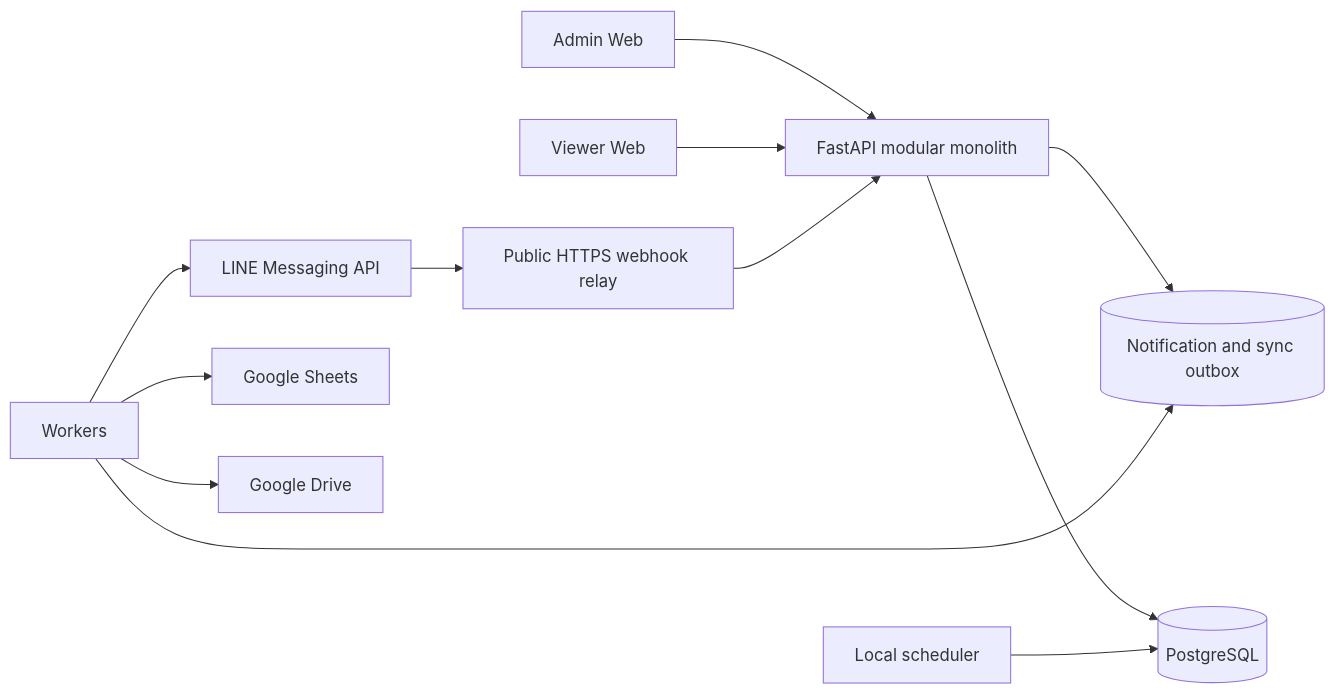
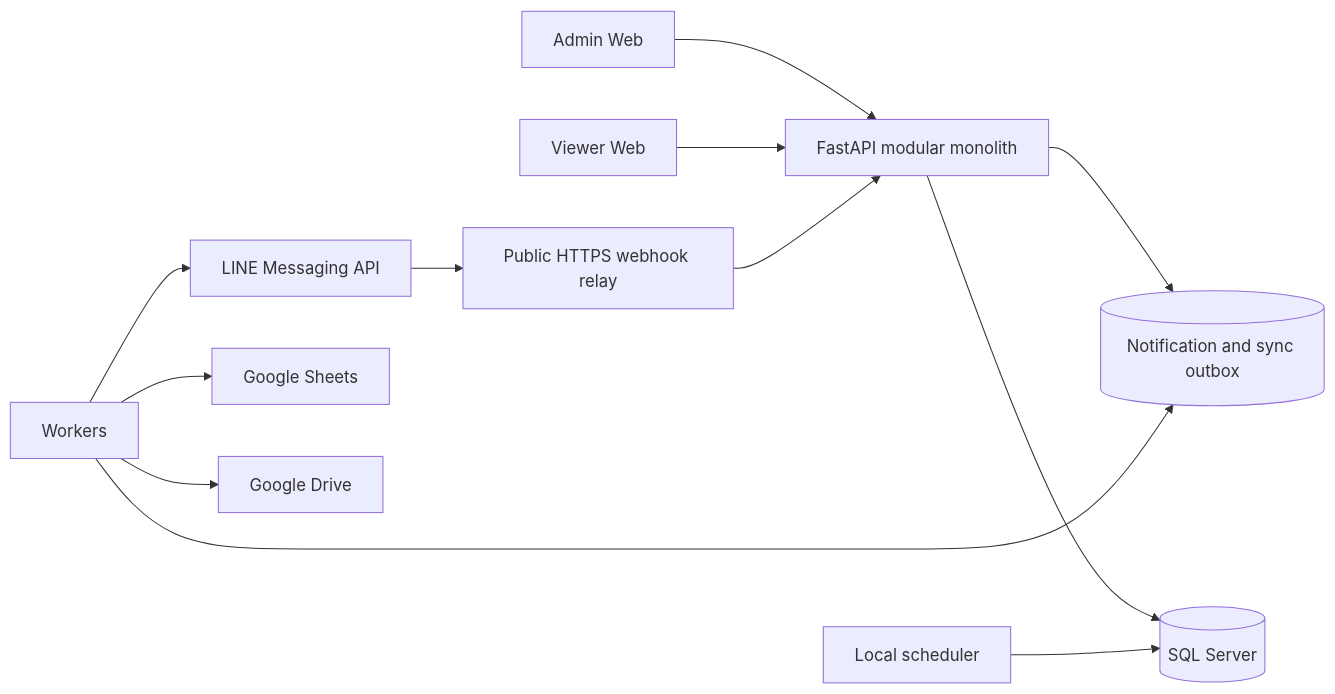
One commit to 02sxry/ba-chiller-service-pm changed the first of 2 diagrams in docs/ARCHITECTURE.md. Above: the diagram before and after it, drawn with Mermaid. The commit also changed other lines of this file and 35 other files, not shown here.

Commit message:
Rename project and switch to SQL Server

````diff
--- a/docs/ARCHITECTURE.md
+++ b/docs/ARCHITECTURE.md
@@ -7,14 +7,14 @@
 ```mermaid
 flowchart LR
   Admin[Admin Web] --> API[FastAPI modular monolith]
   Viewer[Viewer Web] --> API
   LINE[LINE Messaging API] --> Relay[Public HTTPS webhook relay]
   Relay --> API
-  API --> DB[(PostgreSQL)]
+  API --> DB[(SQL Server)]
   API --> Outbox[(Notification and sync outbox)]
   Worker[Workers] --> Outbox
   Worker --> LINE
   Worker --> Sheets[Google Sheets]
   Worker --> Drive[Google Drive]
   Scheduler[Local scheduler] --> DB
 ```
````
